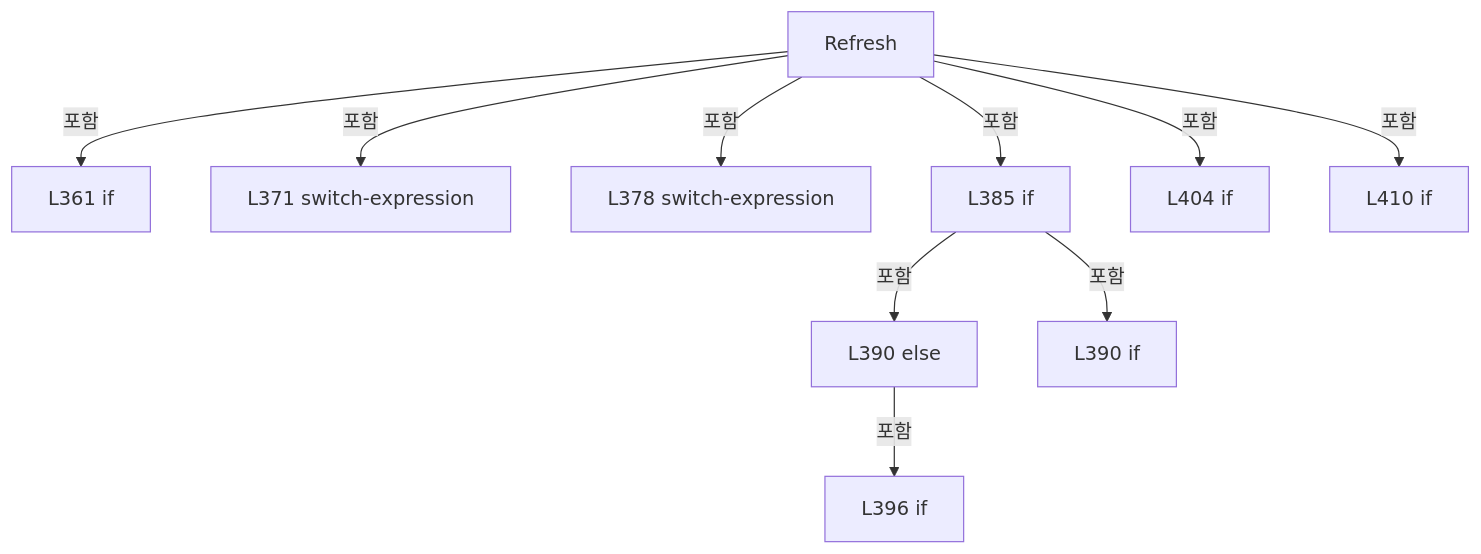
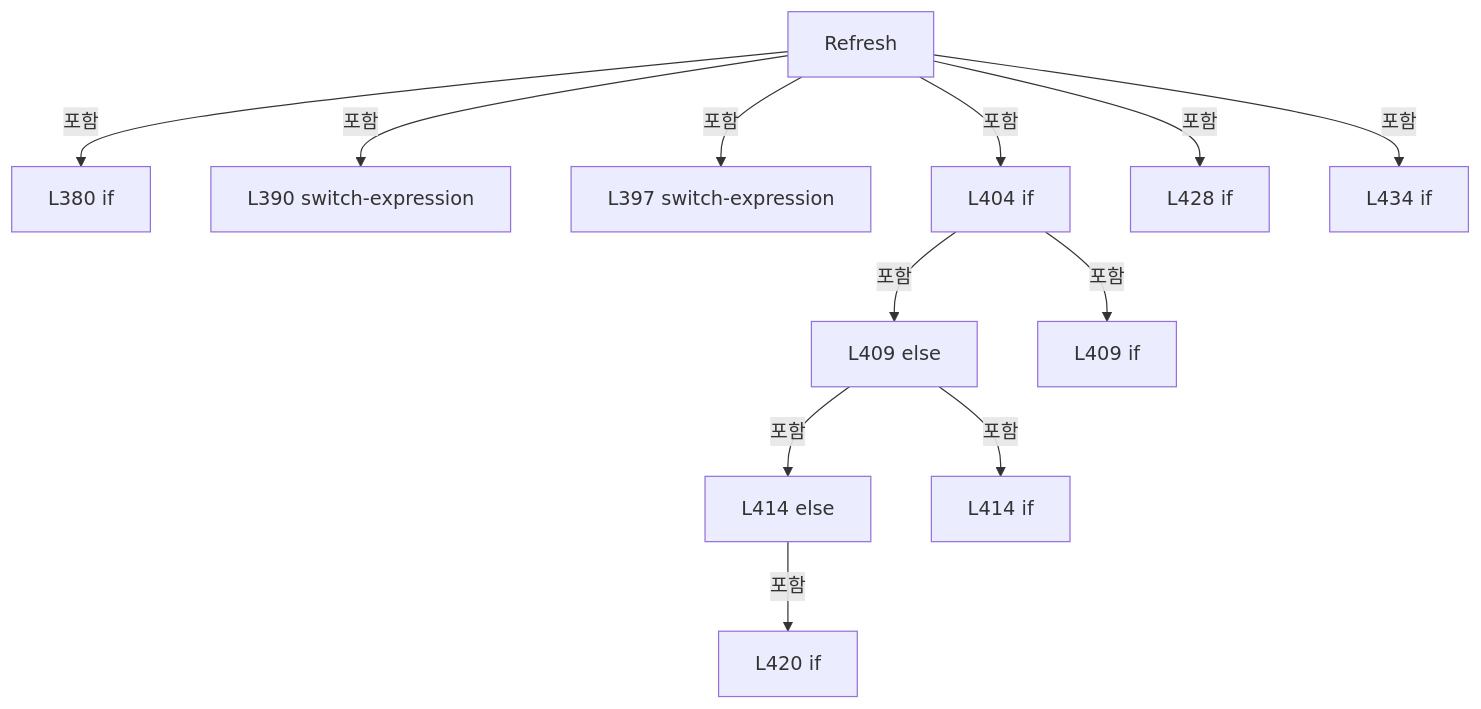
One commit to kjuws10-rgb/Shared changed the tenth of 10 diagrams in A3 LD Code Ref/files/Drilling.UI/Popup/CMelsecStageSimulationDialog.xaml.cs.md. Above: the diagram before and after it, drawn with Mermaid. The commit also changed other lines of this file and 8055 other files, not shown here.

Commit message:
docs(a3): trace Stage Glass Data and refresh architecture and full code reference

````diff
--- a/A3 LD Code Ref/files/Drilling.UI/Popup/CMelsecStageSimulationDialog.xaml.cs.md
+++ b/A3 LD Code Ref/files/Drilling.UI/Popup/CMelsecStageSimulationDialog.xaml.cs.md
@@ -2298,22 +2395,26 @@
 ```mermaid
 flowchart TD
  M["Refresh"]
- N0["L361 if"]
+ N0["L380 if"]
  M -->|포함| N0
- N1["L371 switch-expression"]
+ N1["L390 switch-expression"]
  M -->|포함| N1
- N2["L378 switch-expression"]
+ N2["L397 switch-expression"]
  M -->|포함| N2
- N3["L385 if"]
+ N3["L404 if"]
  M -->|포함| N3
- N4["L390 else"]
+ N4["L409 else"]
  N3 -->|포함| N4
- N5["L390 if"]
+ N5["L409 if"]
  N3 -->|포함| N5
- N6["L396 if"]
+ N6["L414 else"]
  N4 -->|포함| N6
- N7["L404 if"]
- M -->|포함| N7
- N8["L410 if"]
- M -->|포함| N8
+ N7["L414 if"]
+ N4 -->|포함| N7
+ N8["L420 if"]
+ N6 -->|포함| N8
+ N9["L428 if"]
+ M -->|포함| N9
+ N10["L434 if"]
+ M -->|포함| N10
 ```
````
